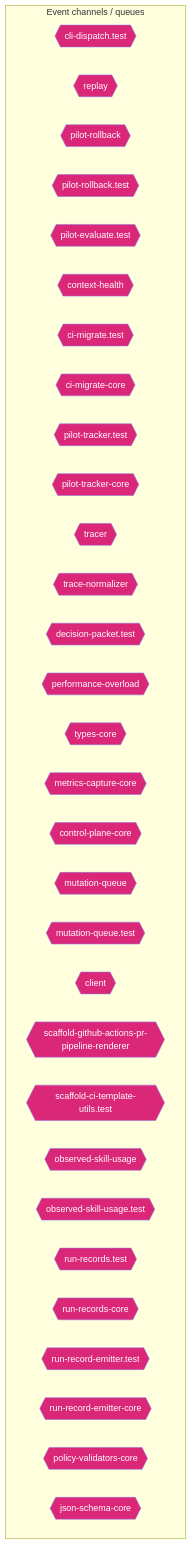
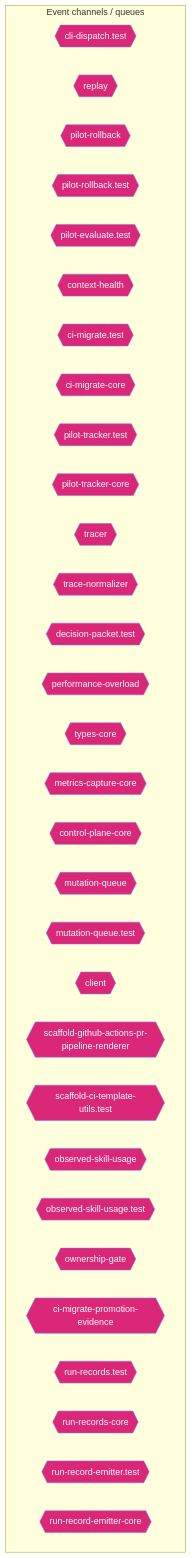
Before and after one commit to jscraik/coding-harness: the ninth of 14 diagrams in AI/context/diagram-context.md, drawn with Mermaid. The commit also changed other lines of this file, not shown here.

First line of the commit message:
docs: refresh flow ops architecture context

````diff
--- a/AI/context/diagram-context.md
+++ b/AI/context/diagram-context.md
@@ -1553,38 +1557,38 @@
 ```mermaid
 flowchart TD
   subgraph Channels["Event channels / queues"]
     cli_dispatch_test_54c9f17b{{"cli-dispatch.test"}}
     replay_ac203c98{{"replay"}}
     pilot_rollback_00c1f82c{{"pilot-rollback"}}
     pilot_rollback_test_e61d5a2b{{"pilot-rollback.test"}}
     pilot_evaluate_test_a2ac06fc{{"pilot-evaluate.test"}}
     context_health_80bb7da9{{"context-health"}}
     ci_migrate_test_2a015bb9{{"ci-migrate.test"}}
     ci_migrate_core_7005b5af{{"ci-migrate-core"}}
     pilot_tracker_test_80398a66{{"pilot-tracker.test"}}
     pilot_tracker_core_80d8ac96{{"pilot-tracker-core"}}
     tracer_1e6243a2{{"tracer"}}
     trace_normalizer_cb1be1d2{{"trace-normalizer"}}
     decision_packet_test_9ea0e97b{{"decision-packet.test"}}
     performance_overload_c685bfcf{{"performance-overload"}}
     types_core_e405ddca{{"types-core"}}
     metrics_capture_core_db4bf7cf{{"metrics-capture-core"}}
     control_plane_core_db3b4cb2{{"control-plane-core"}}
     mutation_queue_ce5a530e{{"mutation-queue"}}
     mutation_queue_test_10b599e8{{"mutation-queue.test"}}
     client_1_914e1681{{"client"}}
     scaffold_github_actions_pr_pipeline_renderer_1ee18de5{{"scaffold-github-actions-pr-pipeline-renderer"}}
     scaffold_ci_template_utils_test_b94825d9{{"scaffold-ci-template-utils.test"}}
     observed_skill_usage_ed7d5930{{"observed-skill-usage"}}
     observed_skill_usage_test_311c215a{{"observed-skill-usage.test"}}
+    ownership_gate_2e194d13{{"ownership-gate"}}
+    ci_migrate_promotion_evidence_1a2dc527{{"ci-migrate-promotion-evidence"}}
     run_records_test_3ee6a0e3{{"run-records.test"}}
     run_records_core_89286dfa{{"run-records-core"}}
     run_record_emitter_test_5475c0da{{"run-record-emitter.test"}}
     run_record_emitter_core_688049d5{{"run-record-emitter-core"}}
-    policy_validators_core_714a3fe7{{"policy-validators-core"}}
-    json_schema_core_96d7e328{{"json-schema-core"}}
   end
   classDef eventNode fill:#db2777,color:#fff
-  class cli_dispatch_test_54c9f17b,replay_ac203c98,pilot_rollback_00c1f82c,pilot_rollback_test_e61d5a2b,pilot_evaluate_test_a2ac06fc,context_health_80bb7da9,ci_migrate_test_2a015bb9,ci_migrate_core_7005b5af,pilot_tracker_test_80398a66,pilot_tracker_core_80d8ac96,tracer_1e6243a2,trace_normalizer_cb1be1d2,decision_packet_test_9ea0e97b,performance_overload_c685bfcf,types_core_e405ddca,metrics_capture_core_db4bf7cf,control_plane_core_db3b4cb2,mutation_queue_ce5a530e,mutation_queue_test_10b599e8,client_1_914e1681,scaffold_github_actions_pr_pipeline_renderer_1ee18de5,scaffold_ci_template_utils_test_b94825d9,observed_skill_usage_ed7d5930,observed_skill_usage_test_311c215a,run_records_test_3ee6a0e3,run_records_core_89286dfa,run_record_emitter_test_5475c0da,run_record_emitter_core_688049d5,policy_validators_core_714a3fe7,json_schema_core_96d7e328 eventNode
+  class cli_dispatch_test_54c9f17b,replay_ac203c98,pilot_rollback_00c1f82c,pilot_rollback_test_e61d5a2b,pilot_evaluate_test_a2ac06fc,context_health_80bb7da9,ci_migrate_test_2a015bb9,ci_migrate_core_7005b5af,pilot_tracker_test_80398a66,pilot_tracker_core_80d8ac96,tracer_1e6243a2,trace_normalizer_cb1be1d2,decision_packet_test_9ea0e97b,performance_overload_c685bfcf,types_core_e405ddca,metrics_capture_core_db4bf7cf,control_plane_core_db3b4cb2,mutation_queue_ce5a530e,mutation_queue_test_10b599e8,client_1_914e1681,scaffold_github_actions_pr_pipeline_renderer_1ee18de5,scaffold_ci_template_utils_test_b94825d9,observed_skill_usage_ed7d5930,observed_skill_usage_test_311c215a,ownership_gate_2e194d13,ci_migrate_promotion_evidence_1a2dc527,run_records_test_3ee6a0e3,run_records_core_89286dfa,run_record_emitter_test_5475c0da,run_record_emitter_core_688049d5 eventNode
 
 ```
````
